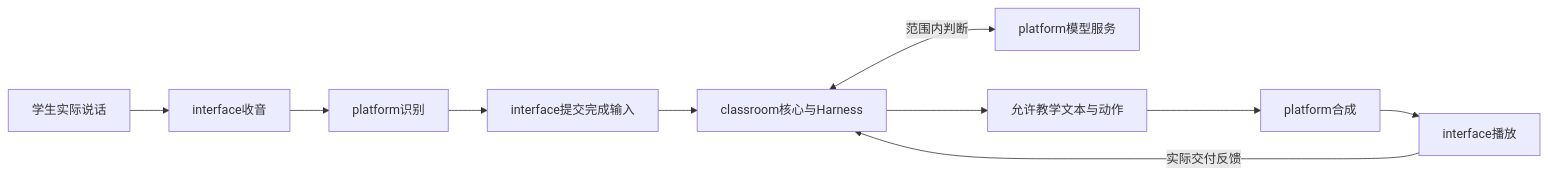
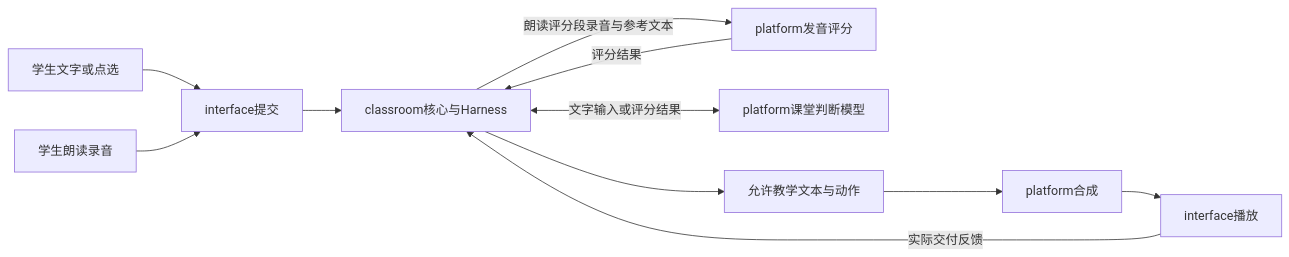
One commit to AltairEven/ProjectJ changed the diagram in design/platform/realtime-voice.md. Above: the diagram before and after it, drawn with Mermaid. The commit also changed other lines of this file and 86 other files, not shown here.

````diff
--- a/design/platform/realtime-voice.md
+++ b/design/platform/realtime-voice.md
@@ -9,12 +9,13 @@
 ```mermaid
 flowchart LR
-    U[学生实际说话] --> I[interface收音]
-    I --> A[platform识别]
-    A --> E[interface提交完成输入]
-    E --> C[classroom核心与Harness]
-    C <-->|范围内判断| M[platform模型服务]
+    U[学生文字或点选] --> I[interface提交]
+    R[学生朗读录音] --> I
+    I --> C[classroom核心与Harness]
+    C -->|朗读评分段录音与参考文本| E[platform发音评分]
+    E -->|评分结果| C
+    C <-->|文字输入或评分结果| M[platform课堂判断模型]
     C --> T[允许教学文本与动作]
     T --> S[platform合成]
     S --> P[interface播放]
     P -->|实际交付反馈| C
 ```
````
